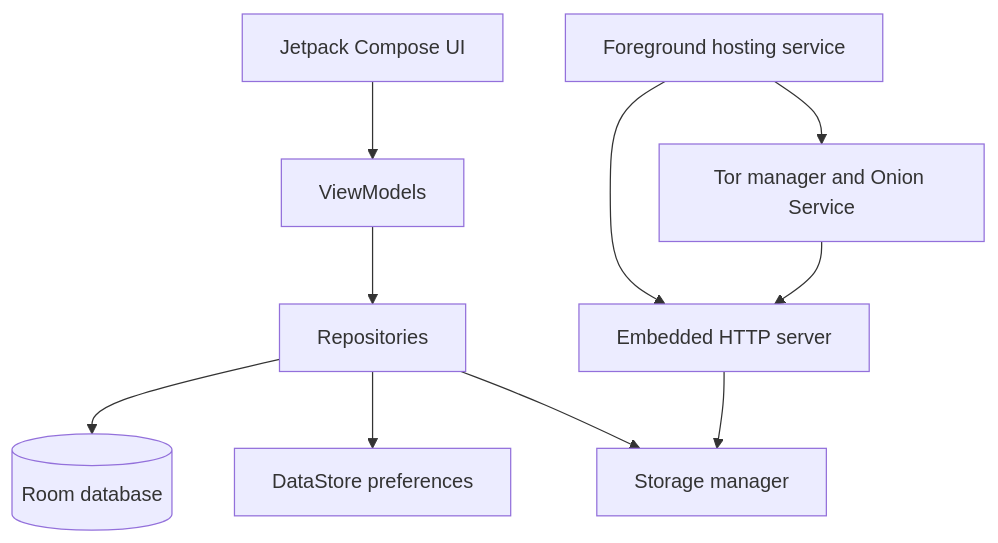
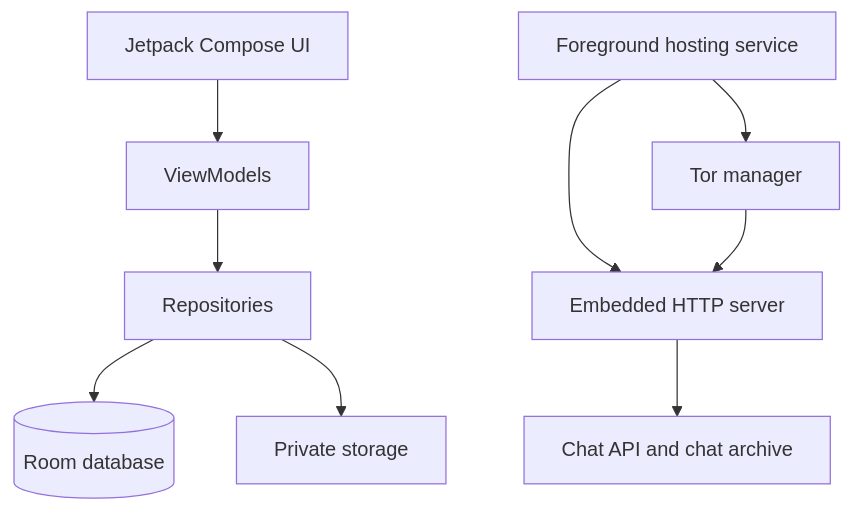
Before and after one commit to SecurityTalent/OnionHost: the diagram in README.md, drawn with Mermaid. The commit also changed other lines of this file and 3 other files, not shown here.

````diff
--- a/README.md
+++ b/README.md
@@ -68,12 +160,11 @@
 ```mermaid
 graph TD
-    UI[Jetpack Compose UI] --> VM[ViewModels]
-    VM --> REPO[Repositories]
-    REPO --> DB[(Room database)]
-    REPO --> DS[DataStore preferences]
-    REPO --> FS[Storage manager]
-    SERVICE[Foreground hosting service] --> HTTP[Embedded HTTP server]
-    SERVICE --> TOR[Tor manager and Onion Service]
-    HTTP --> FS
-    TOR --> HTTP
+  UI[Jetpack Compose UI] --> VM[ViewModels]
+  VM --> REPO[Repositories]
+  REPO --> DB[(Room database)]
+  REPO --> FS[Private storage]
+  SERVICE[Foreground hosting service] --> HTTP[Embedded HTTP server]
+  SERVICE --> TOR[Tor manager]
+  HTTP --> CHAT[Chat API and chat archive]
+  TOR --> HTTP
 ```
````
